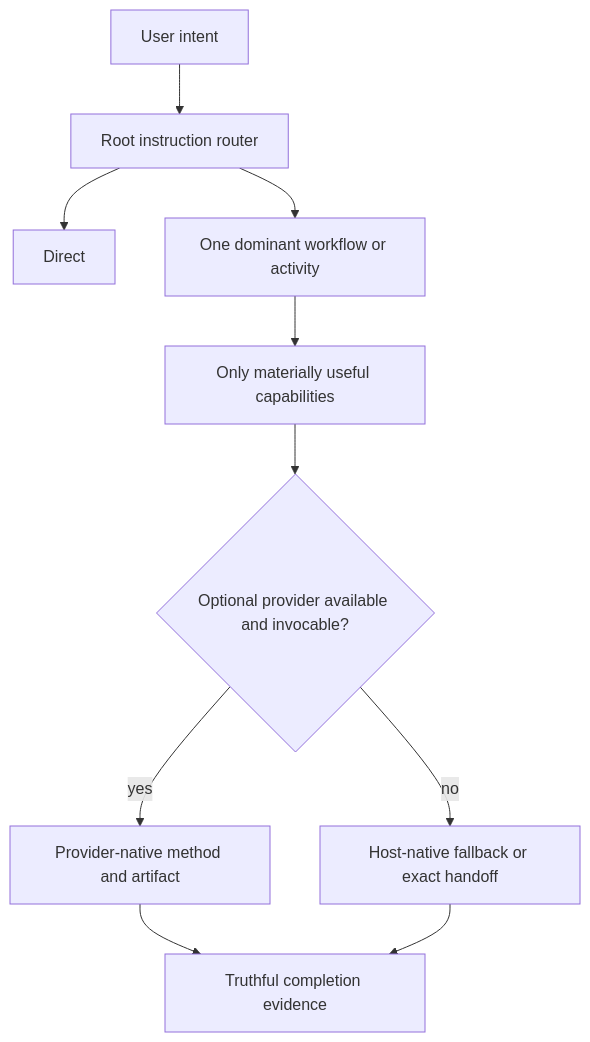
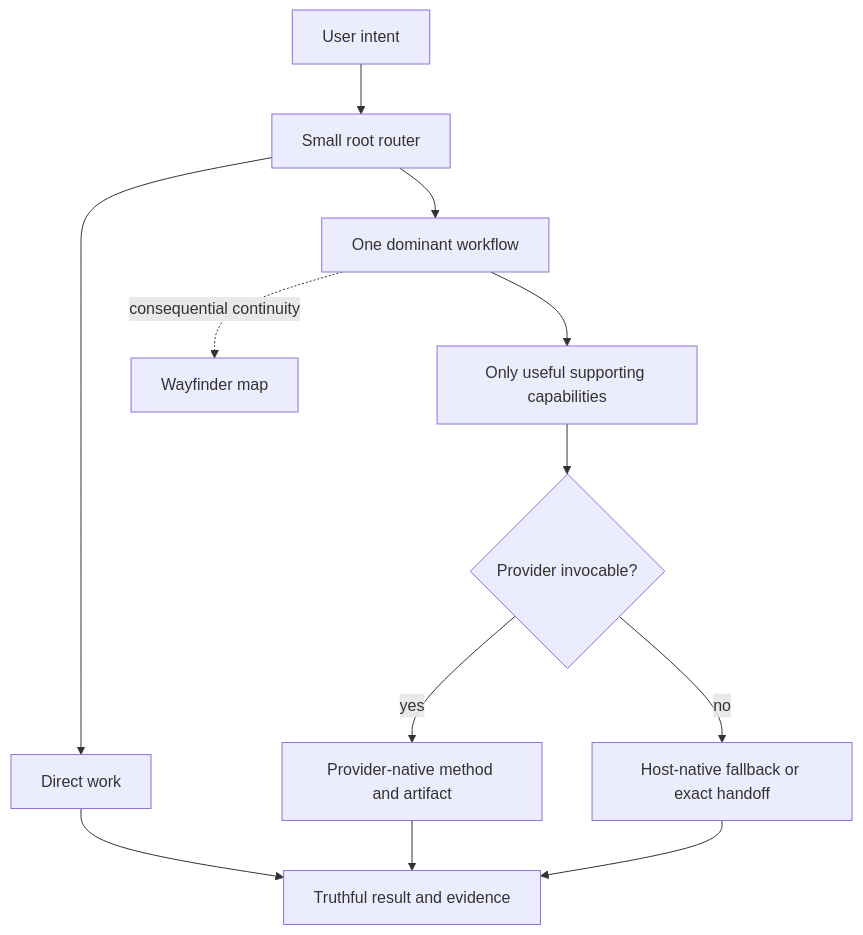
Before and after one commit to jimmfan/agentic-workflow: the diagram in docs/architecture.md, drawn with Mermaid. The commit also changed other lines of this file and 38 other files, not shown here.

First line of the commit message:
Refactor architecture decisions and documentation for clarity and accuracy

````diff
--- a/docs/architecture.md
+++ b/docs/architecture.md
@@ -19,12 +18,14 @@
 ```mermaid
 flowchart TD
-    request["User intent"] --> router["Root instruction router"]
-    router --> direct["Direct"]
-    router --> dominant["One dominant workflow or activity"]
-    dominant --> capabilities["Only materially useful capabilities"]
-    capabilities --> provider{"Optional provider available and invocable?"}
+    request["User intent"] --> router["Small root router"]
+    router --> direct["Direct work"]
+    router --> workflow["One dominant workflow"]
+    workflow --> capability["Only useful supporting capabilities"]
+    capability --> provider{"Provider invocable?"}
     provider -->|yes| native["Provider-native method and artifact"]
     provider -->|no| fallback["Host-native fallback or exact handoff"]
-    native --> evidence["Truthful completion evidence"]
+    direct --> evidence["Truthful result and evidence"]
+    native --> evidence
     fallback --> evidence
+    workflow -. consequential continuity .-> wayfinder["Wayfinder map"]
 ```
````
